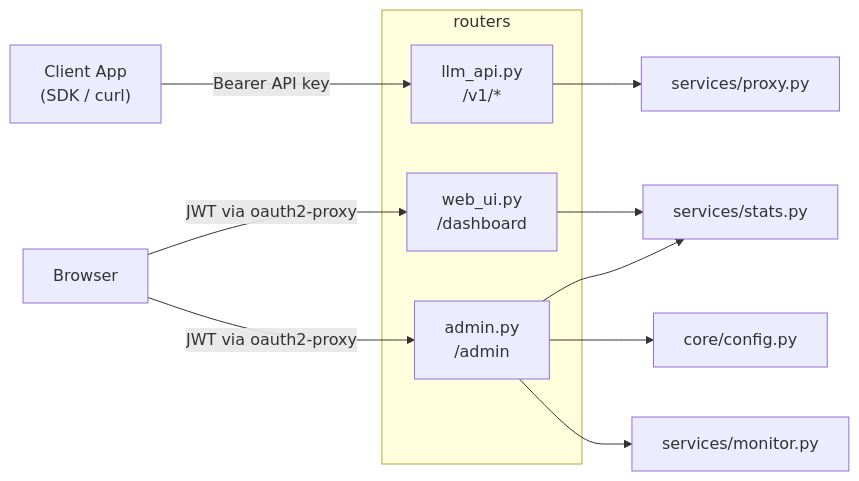
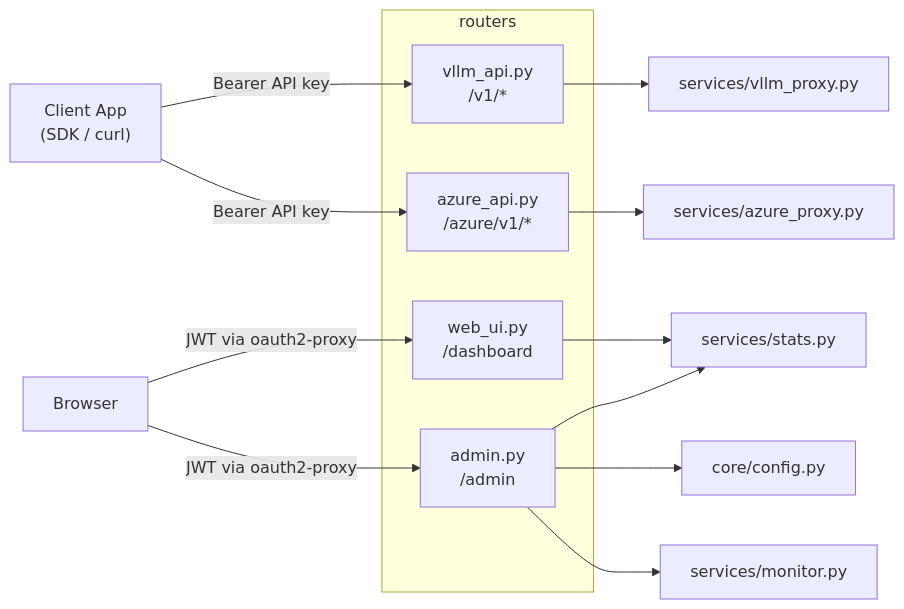
One commit to bwinken/llm-gateway changed the first of 2 diagrams in app/routers/README.md. Above: the diagram before and after it, drawn with Mermaid. The commit also changed other lines of this file and 23 other files, not shown here.

````diff
--- a/app/routers/README.md
+++ b/app/routers/README.md
@@ -9,18 +9,21 @@
 ```mermaid
 graph LR
-    Client["Client App<br/>(SDK / curl)"] -->|Bearer API key| llm_api
+    Client["Client App<br/>(SDK / curl)"] -->|Bearer API key| vllm_api
+    Client -->|Bearer API key| azure_api
     Browser["Browser"] -->|JWT via oauth2-proxy| web_ui
     Browser -->|JWT via oauth2-proxy| admin
 
     subgraph routers
-        llm_api["llm_api.py<br/>/v1/*"]
+        vllm_api["vllm_api.py<br/>/v1/*"]
+        azure_api["azure_api.py<br/>/azure/v1/*"]
         web_ui["web_ui.py<br/>/dashboard"]
         admin["admin.py<br/>/admin"]
     end
 
-    llm_api --> proxy["services/proxy.py"]
+    vllm_api --> vllm_proxy["services/vllm_proxy.py"]
+    azure_api --> azure_proxy["services/azure_proxy.py"]
     web_ui --> stats["services/stats.py"]
     admin --> stats
     admin --> config["core/config.py"]
     admin --> monitor["services/monitor.py"]
 ```
````
